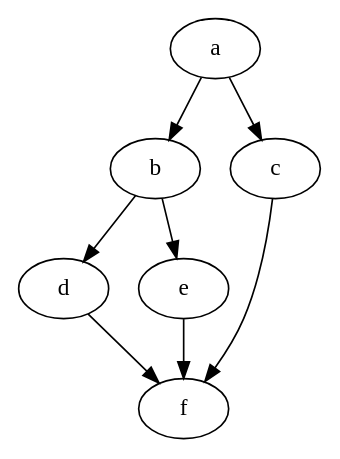
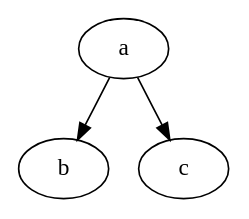
One commit to MKTPR/DFS-TaskScheduler changed the diagram in 306P1/digraph.dot. Above: the diagram before and after it, drawn with Graphviz. The commit also changed other lines of this file and 9 other files, not shown here.

```diff
--- a/306P1/digraph.dot
+++ b/306P1/digraph.dot
@@ -1,15 +1,7 @@
 digraph  example {
 a[ Weight =1];
 b[ Weight =2];
 a -> b  [Weight =6];
 c[ Weight =10];
 a -> c[ Weight =5];
-d[ Weight =2];
-b -> d[ Weight =4];
-b -> e[ Weight =4];
-c -> f[ Weight =1];
-d -> f[ Weight =3];
-e -> f[ Weight =2];
-e[ Weight = 3];
-f[ Weight = 1];
 }
```
